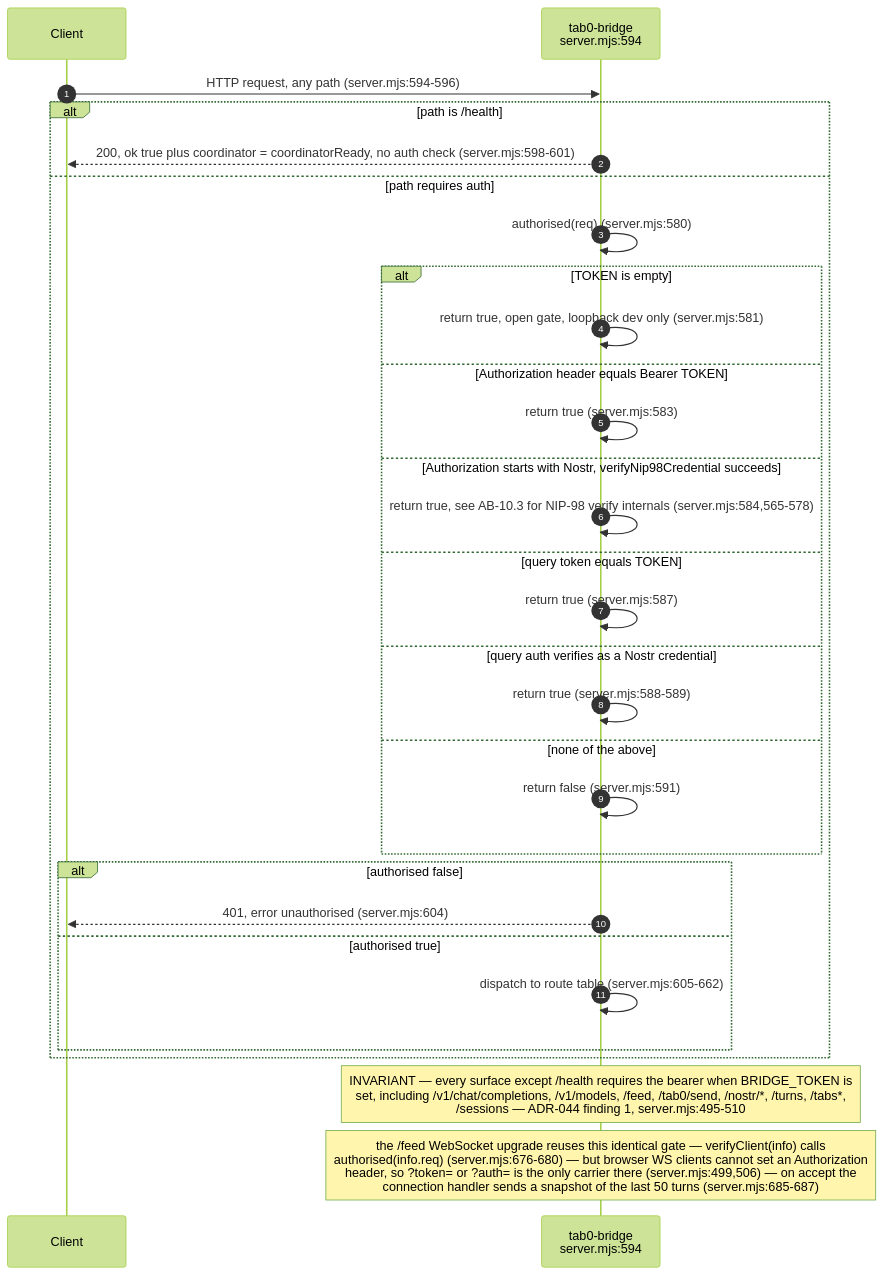
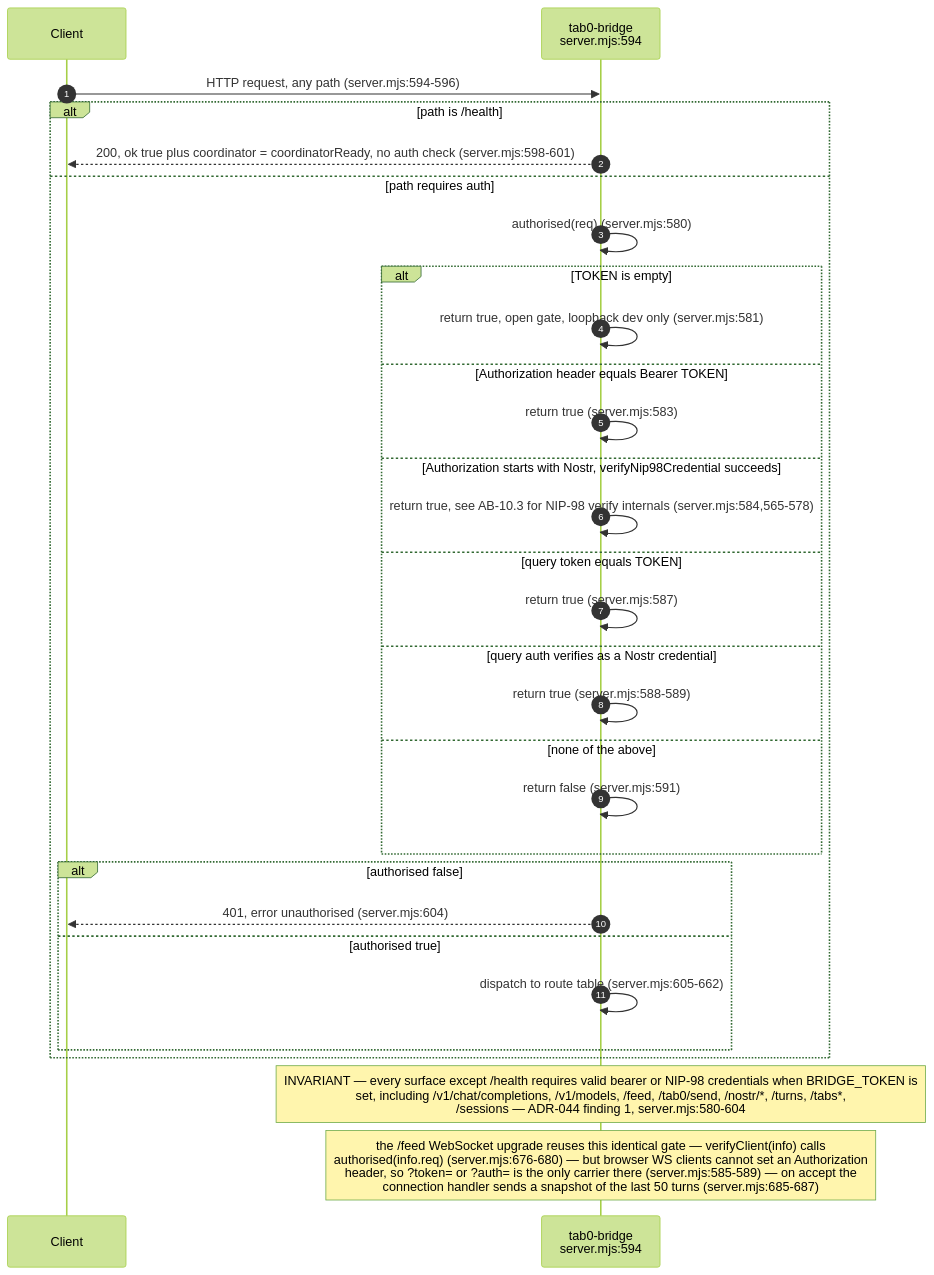
Before and after one commit to DreamLab-AI/VisionFlow: the second of 12 diagrams in docs/diagrams/agentbox/12-tab0-bridge-and-interaction-plane.md, drawn with Mermaid (forest theme). The commit also changed other lines of this file and 6 other files, not shown here.

First line of the commit message:
docs: align native session and ingress diagrams (#39)

````diff
--- a/docs/diagrams/agentbox/12-tab0-bridge-and-interaction-plane.md
+++ b/docs/diagrams/agentbox/12-tab0-bridge-and-interaction-plane.md
@@ -96,33 +97,33 @@
 ```mermaid
 sequenceDiagram
     autonumber
     participant C as Client
     participant B as tab0-bridge<br/>server.mjs:594
 
     C->>B: HTTP request, any path (server.mjs:594-596)
     alt path is /health
         B-->>C: 200, ok true plus coordinator = coordinatorReady, no auth check (server.mjs:598-601)
     else path requires auth
         B->>B: authorised(req) (server.mjs:580)
         alt TOKEN is empty
             B->>B: return true, open gate, loopback dev only (server.mjs:581)
         else Authorization header equals Bearer TOKEN
             B->>B: return true (server.mjs:583)
         else Authorization starts with Nostr, verifyNip98Credential succeeds
             B->>B: return true, see AB-10.3 for NIP-98 verify internals (server.mjs:584,565-578)
         else query token equals TOKEN
             B->>B: return true (server.mjs:587)
         else query auth verifies as a Nostr credential
             B->>B: return true (server.mjs:588-589)
         else none of the above
             B->>B: return false (server.mjs:591)
         end
         alt authorised false
             B-->>C: 401, error unauthorised (server.mjs:604)
         else authorised true
             B->>B: dispatch to route table (server.mjs:605-662)
         end
     end
-Note over B: INVARIANT — every surface except /health requires the bearer when BRIDGE_TOKEN is<br/>set, including /v1/chat/completions, /v1/models, /feed, /tab0/send, /nostr/*, /turns, /tabs*,<br/>/sessions — ADR-044 finding 1, server.mjs:495-510
-Note over B: the /feed WebSocket upgrade reuses this identical gate — verifyClient(info) calls<br/>authorised(info.req) (server.mjs:676-680) — but browser WS clients cannot set an Authorization<br/>header, so ?token= or ?auth= is the only carrier there (server.mjs:499,506) — on accept the<br/>connection handler sends a snapshot of the last 50 turns (server.mjs:685-687)
+Note over B: INVARIANT — every surface except /health requires valid bearer or NIP-98 credentials when BRIDGE_TOKEN is<br/>set, including /v1/chat/completions, /v1/models, /feed, /tab0/send, /nostr/*, /turns, /tabs*,<br/>/sessions — ADR-044 finding 1, server.mjs:580-604
+Note over B: the /feed WebSocket upgrade reuses this identical gate — verifyClient(info) calls<br/>authorised(info.req) (server.mjs:676-680) — but browser WS clients cannot set an Authorization<br/>header, so ?token= or ?auth= is the only carrier there (server.mjs:585-589) — on accept the<br/>connection handler sends a snapshot of the last 50 turns (server.mjs:685-687)
 ```
````
